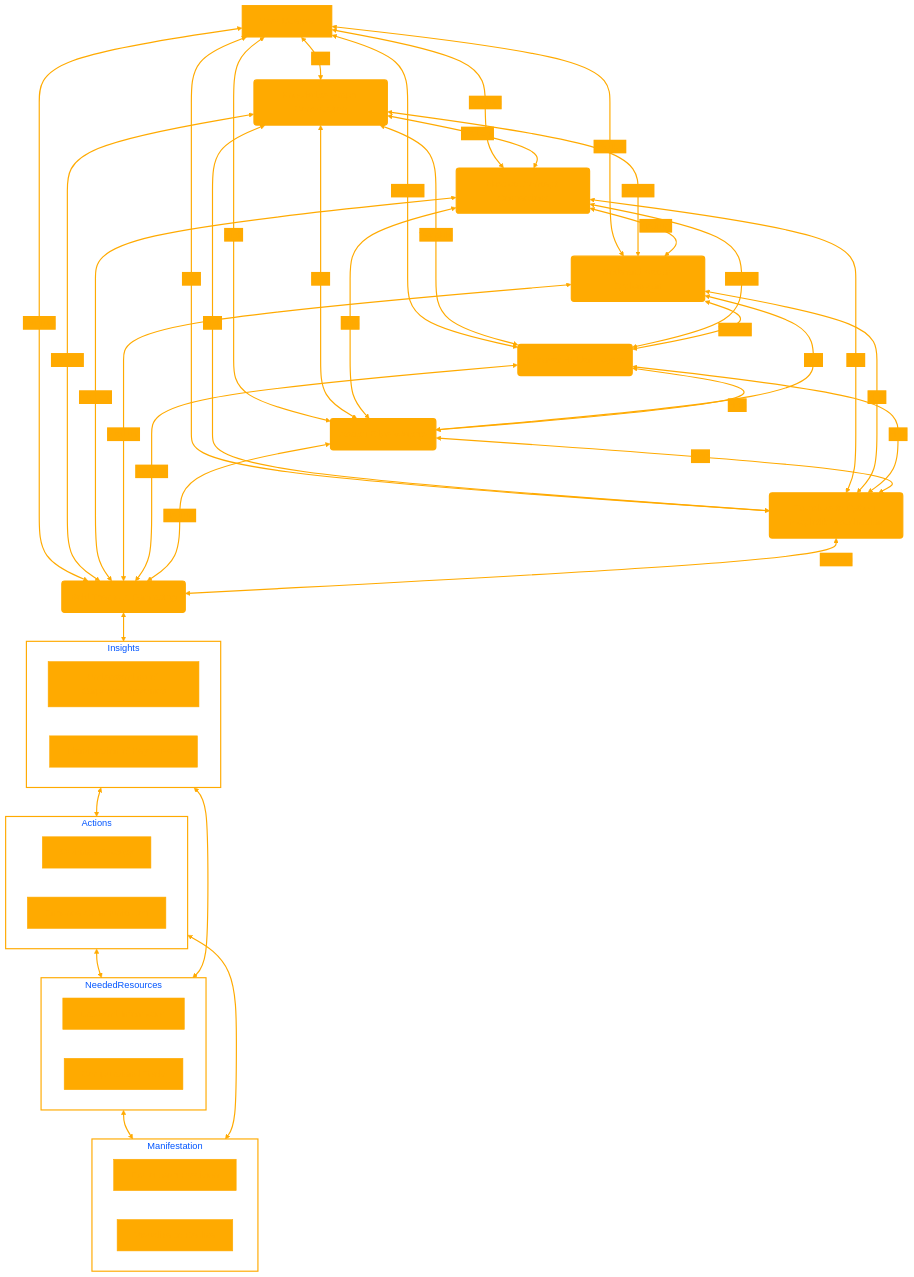
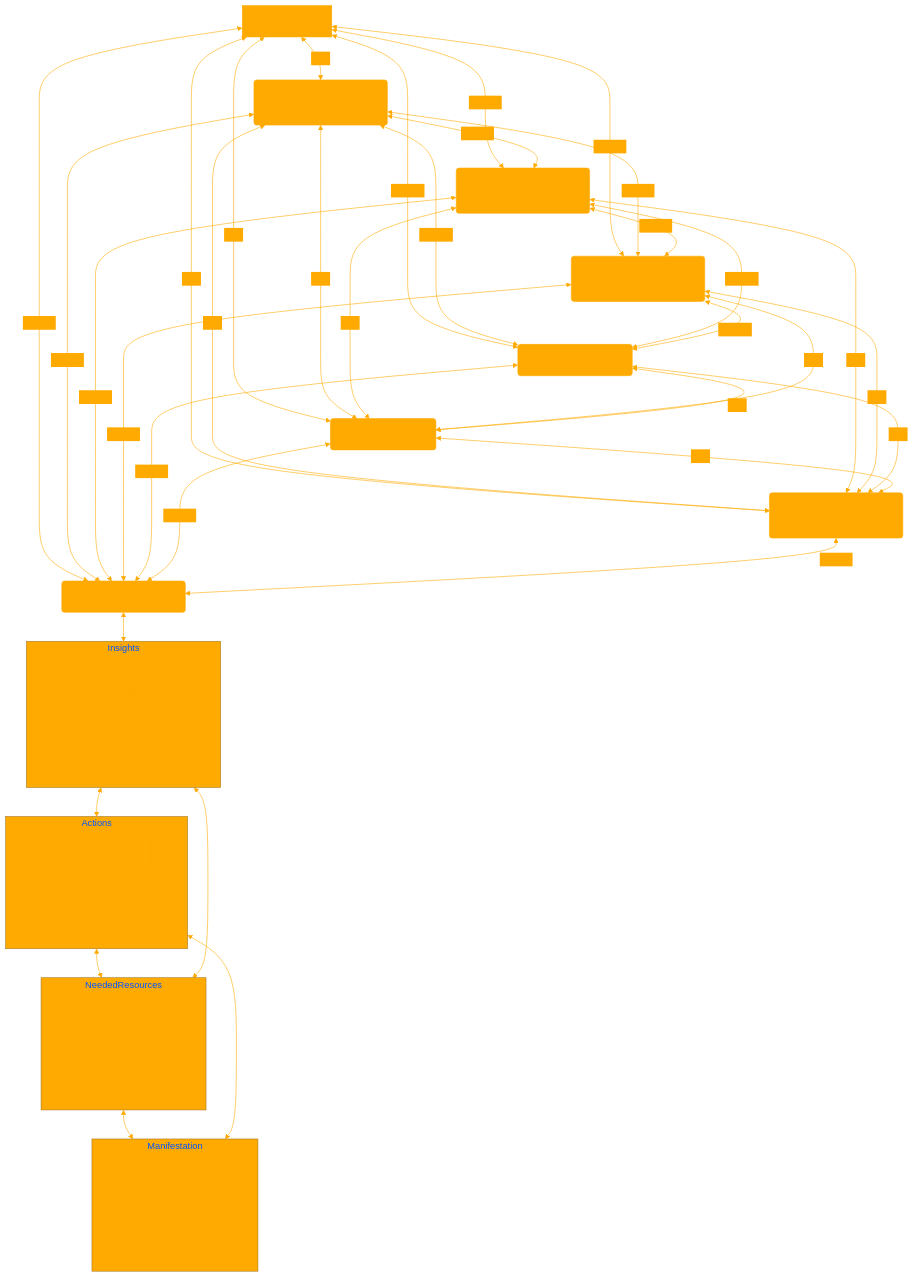
One commit to EveryOneIsGross/GPTs changed the diagram in dlanor.md. Above: the diagram before and after it, drawn with Mermaid.

````diff
--- a/dlanor.md
+++ b/dlanor.md
@@ -12,81 +12,69 @@
 ```mermaid
 %%{init: {'theme': 'base', 'themeVariables': { 'primaryColor': '#ffaa00', 'primaryTextColor': '#ffaa00', 'primaryBorderColor': '#ffaa00', 'lineColor': '#ffaa00', 'secondaryColor': '#ffaa00', 'tertiaryColor': '#ffaa00'}}}%%
 
 graph TD
     A[User Queries] <--High--> B(Knowledge Graph Construction)
     A <--Medium--> C(Abstract Concept Connections)
     A <--Medium--> D(Node and Vector Explanation)
     A <--Variable--> E(Uncover Hidden Layers)
     A <--High--> F(Assign Edge Weights)
     A <--High--> G(Translate to Python Matplotlib Visualization)
     A <--Medium--> H(Bold Thematic Formatting)
 
     B <--Medium--> C
     B <--Medium--> D
     B <--Variable--> E
     B <--High--> F
     B <--High--> G
     B <--Medium--> H
 
     C <--Medium--> D
     C <--Variable--> E
     C <--High--> F
     C <--High--> G
     C <--Medium--> H
 
     D <--Variable--> E
     D <--High--> F
     D <--High--> G
     D <--Medium--> H
 
     E <--High--> F
     E <--High--> G
     E <--Medium--> H
 
     F <--High--> G
     F <--Medium--> H
 
     G <--Medium--> H
     
     subgraph Insights
         I1[Understanding of Corporate Dynamics]
         I2[Identification of Key Drivers]
     end
     
     subgraph Actions
         A1[Optimize Strategy]
         A2[Enhance Communication]
     end
     
     subgraph NeededResources
         R1[Data and Information]
         R2[Computational Tools]
     end
     
     subgraph Manifestation
         M1["Exploit with Precision"]
         M2["Visualize to Realize"]
     end
     
     H <--> Insights
     Insights <--> Actions
     Actions <--> NeededResources
     NeededResources <--> Manifestation
 
     Insights <--> NeededResources
     Actions <--> Manifestation
     
-    style A fill:#ffaa00,stroke:#ffaa00,stroke-width:2px
-    style B fill:#ffaa00,stroke:#ffaa00,stroke-width:2px
-    style C fill:#ffaa00,stroke:#ffaa00,stroke-width:2px
-    style D fill:#ffaa00,stroke:#ffaa00,stroke-width:2px
-    style E fill:#ffaa00,stroke:#ffaa00,stroke-width:2px
-    style F fill:#ffaa00,stroke:#ffaa00,stroke-width:2px
-    style G fill:#ffaa00,stroke:#ffaa00,stroke-width:2px
-    style H fill:#ffaa00,stroke:#ffaa00,stroke-width:2px
-    style Insights fill:none,stroke:#ffaa00,stroke-width:2px
-    style Actions fill:none,stroke:#ffaa00,stroke-width:2px
-    style NeededResources fill:none,stroke:#ffaa00,stroke-width:2px
-    style Manifestation fill:none,stroke:#ffaa00,stroke-width:2px
-    linkStyle default stroke:#ffaa00,stroke-width:2px
+
 ```
````
